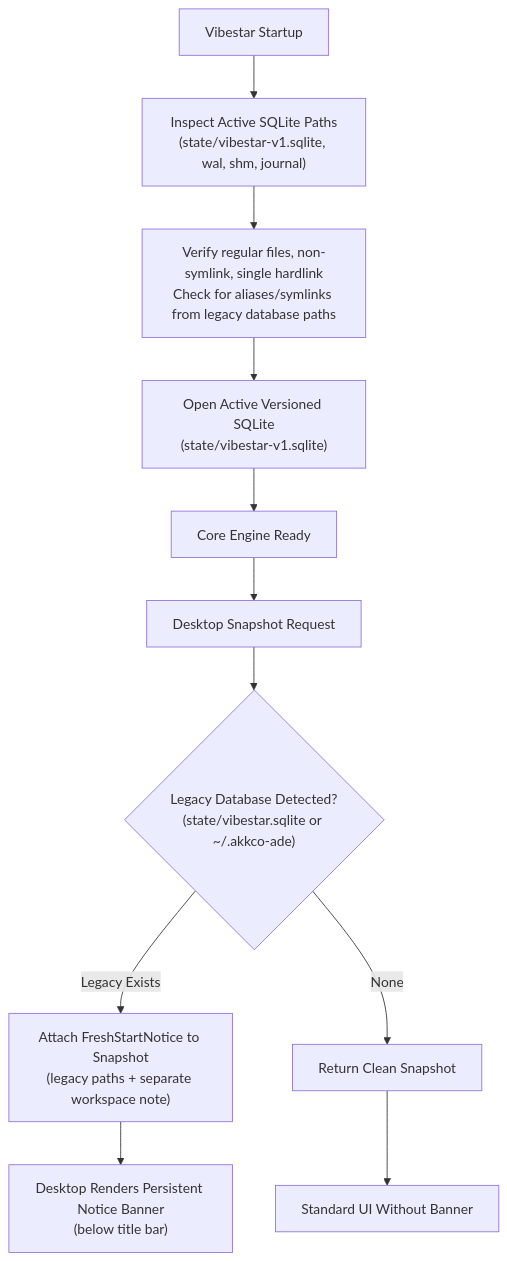
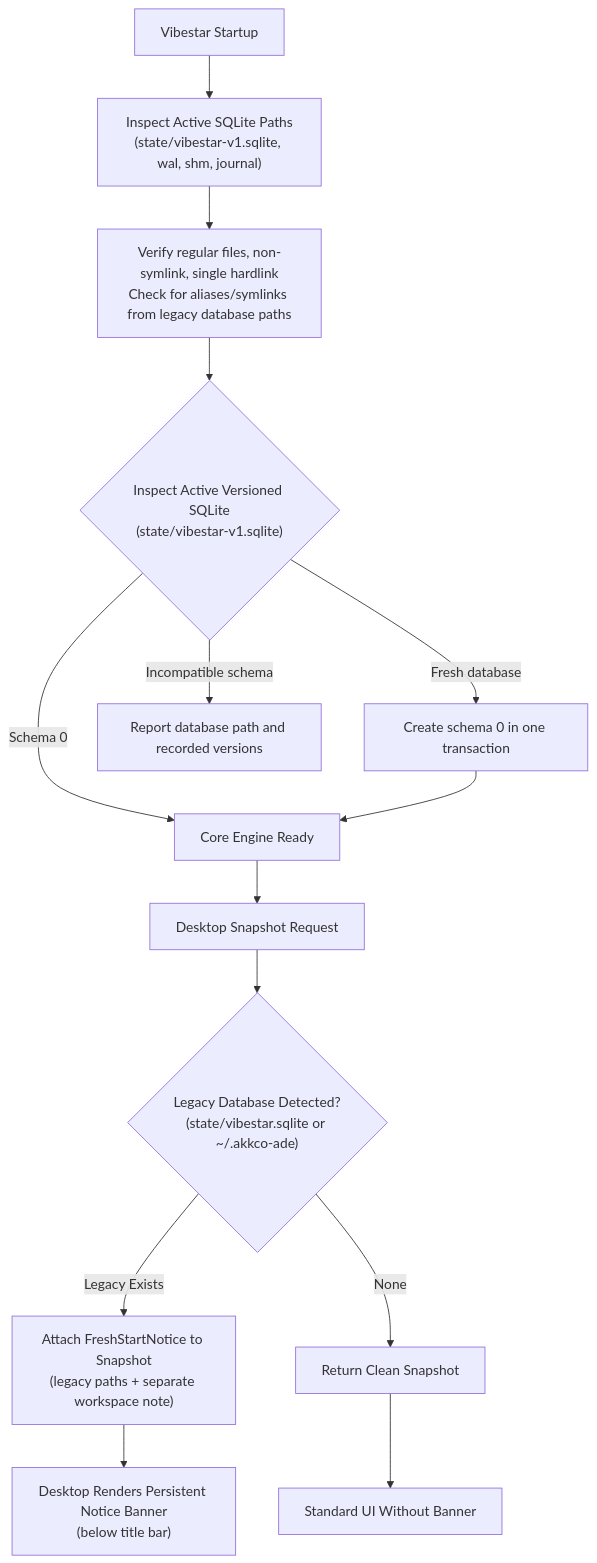
The third of 3 diagrams in FEATUREMAP.md (akshajrawat/akkco-vibestar), drawn with Mermaid before and after one commit. The commit also changed 8 other files, not shown here.

Commit message:
fix(storage): initialize Vibestar at schema zero

````diff
--- a/FEATUREMAP.md
+++ b/FEATUREMAP.md
@@ -87,13 +87,16 @@
 ```mermaid
 flowchart TD
     Start["Vibestar Startup"] --> InspectActive["Inspect Active SQLite Paths\n(state/vibestar-v1.sqlite, wal, shm, journal)"]
     InspectActive --> VerifyActive["Verify regular files, non-symlink, single hardlink\nCheck for aliases/symlinks from legacy database paths"]
-    VerifyActive --> OpenActiveDB["Open Active Versioned SQLite\n(state/vibestar-v1.sqlite)"]
-    OpenActiveDB --> CoreReady["Core Engine Ready"]
+    VerifyActive --> OpenActiveDB{"Inspect Active Versioned SQLite\n(state/vibestar-v1.sqlite)"}
+    OpenActiveDB -- "Fresh database" --> SchemaZero["Create schema 0 in one transaction"]
+    OpenActiveDB -- "Schema 0" --> CoreReady["Core Engine Ready"]
+    OpenActiveDB -- "Incompatible schema" --> Stop["Report database path and recorded versions"]
+    SchemaZero --> CoreReady
     CoreReady --> SnapshotRPC["Desktop Snapshot Request"]
     SnapshotRPC --> CheckLegacy{"Legacy Database Detected?\n(state/vibestar.sqlite or ~/.akkco-ade)"}
     CheckLegacy -- "Legacy Exists" --> AttachNotice["Attach FreshStartNotice to Snapshot\n(legacy paths + separate workspace note)"]
     CheckLegacy -- "None" --> CleanSnapshot["Return Clean Snapshot"]
     AttachNotice --> RenderBanner["Desktop Renders Persistent Notice Banner\n(below title bar)"]
     CleanSnapshot --> NormalUI["Standard UI Without Banner"]
 ```
````
